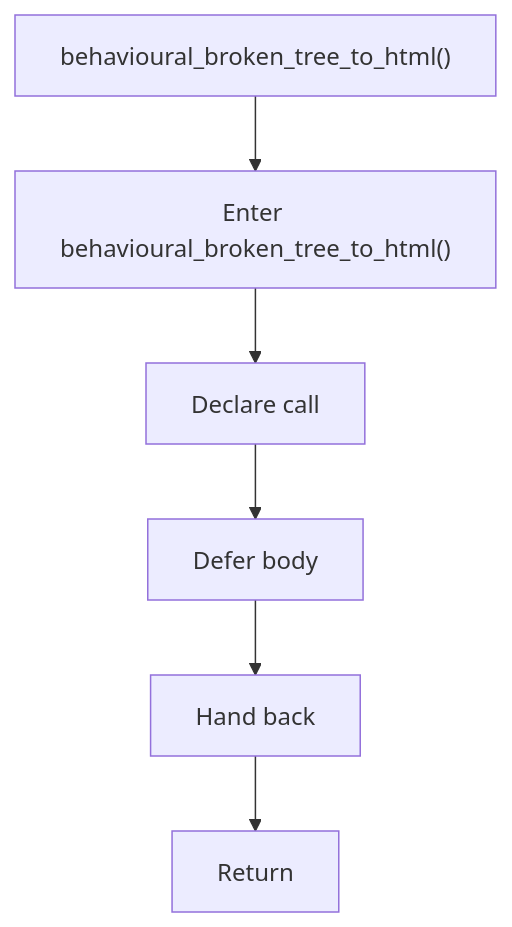
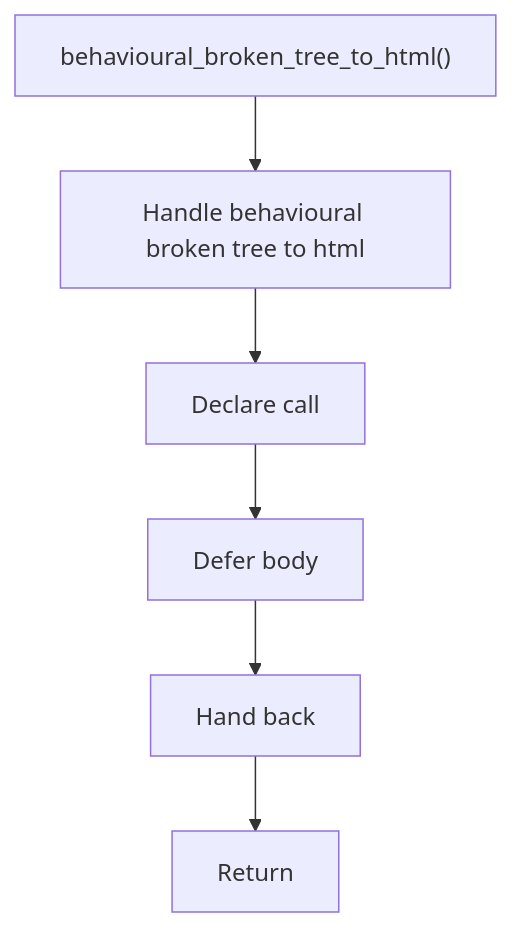
Before and after one commit to JohnAndrewBalbarosa/NeoTerritory: the sixth of 6 diagrams in docs/Codebase/Microservice/Modules/Header/SyntacticBrokenAST/Trees/Broken/Behavioural/tree.hpp.md, drawn with Mermaid. The commit also changed other lines of this file and 925 other files, not shown here.

````diff
--- a/docs/Codebase/Microservice/Modules/Header/SyntacticBrokenAST/Trees/Broken/Behavioural/tree.hpp.md
+++ b/docs/Codebase/Microservice/Modules/Header/SyntacticBrokenAST/Trees/Broken/Behavioural/tree.hpp.md
@@ -182,14 +181,14 @@
 ```mermaid
 flowchart TD
     Start["behavioural_broken_tree_to_html()"]
-    N0["Enter behavioural_broken_tree_to_html()"]
+    N0["Handle behavioural broken tree to html"]
     N1["Declare call"]
     N2["Defer body"]
     N3["Hand back"]
     End["Return"]
     Start --> N0
     N0 --> N1
     N1 --> N2
     N2 --> N3
     N3 --> End
 ```
````
